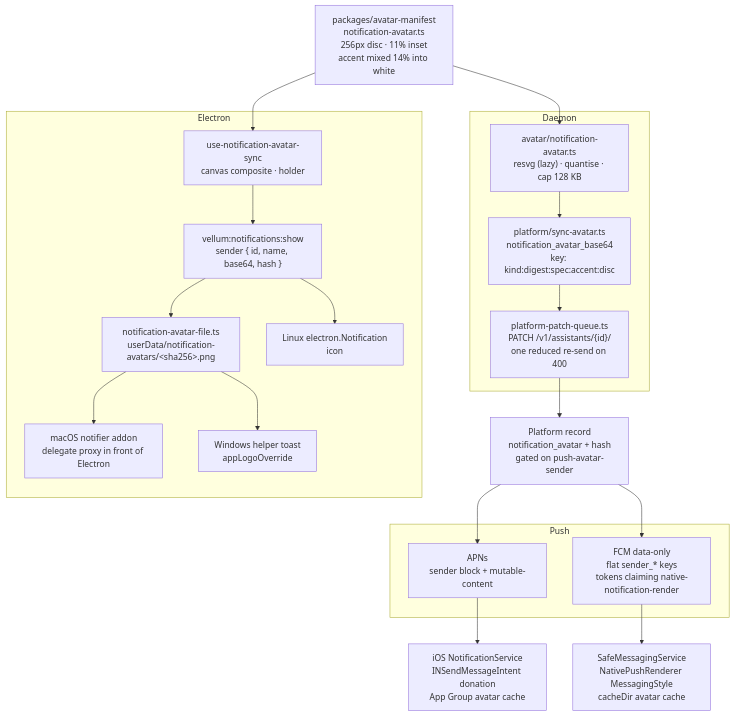
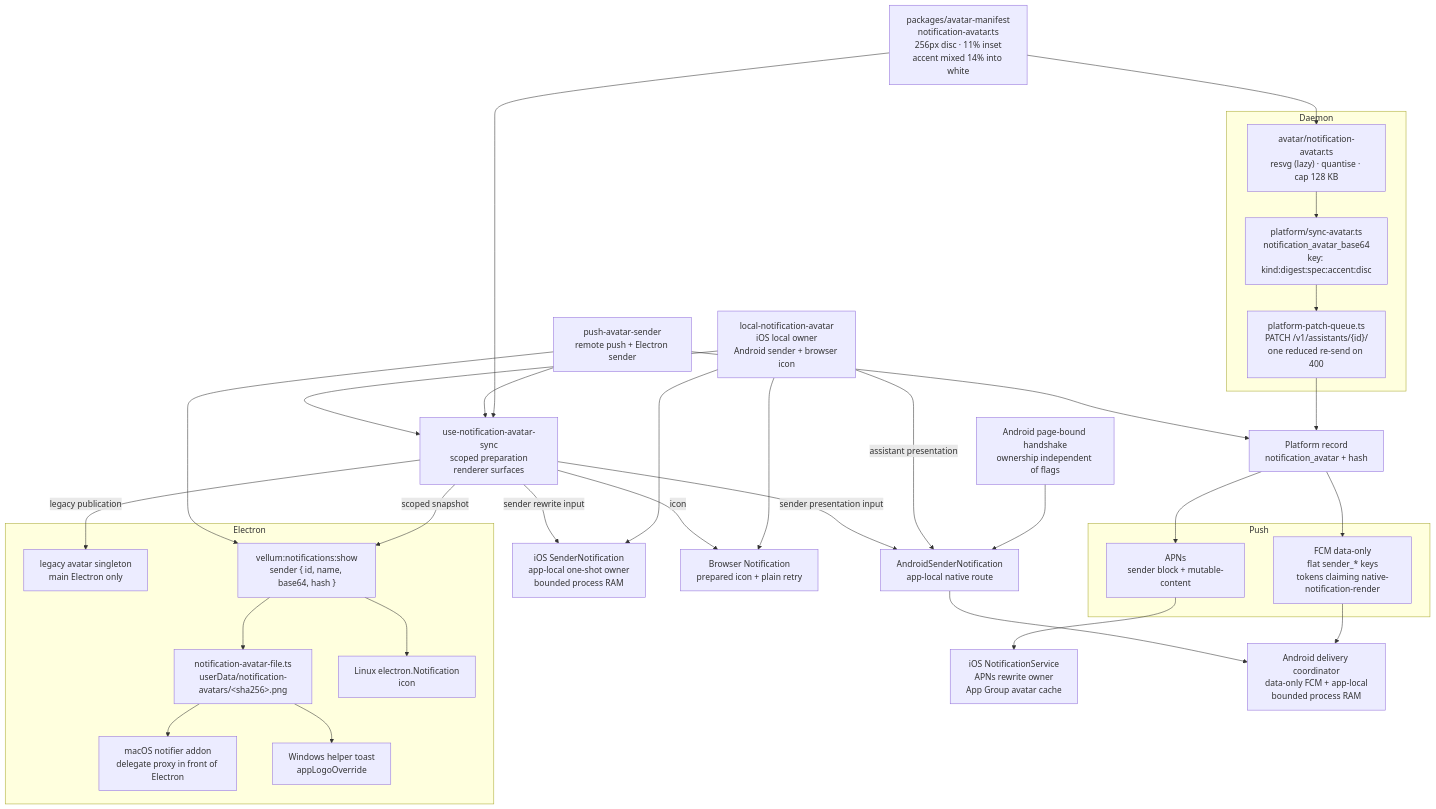
The fifth of 6 diagrams in ARCHITECTURE.md (vellum-ai/vellum-assistant), drawn with Mermaid before and after one commit. The commit also changed other lines of this file and 6 other files, not shown here.

Commit message:
docs(notifications): record local avatar verification and rollout gates

````diff
--- a/ARCHITECTURE.md
+++ b/ARCHITECTURE.md
@@ -874,39 +876,60 @@
 ```mermaid
 graph TB
     SPEC["packages/avatar-manifest<br/>notification-avatar.ts<br/>256px disc · 11% inset<br/>accent mixed 14% into white"]
 
     subgraph "Daemon"
         REND["avatar/notification-avatar.ts<br/>resvg (lazy) · quantise · cap 128 KB"]
         SYNC["platform/sync-avatar.ts<br/>notification_avatar_base64<br/>key: kind:digest:spec:accent:disc"]
         QUEUE["platform-patch-queue.ts<br/>PATCH /v1/assistants/{id}/<br/>one reduced re-send on 400"]
     end
 
-    PLAT["Platform record<br/>notification_avatar + hash<br/>gated on push-avatar-sender"]
+    PUSHFLAG["push-avatar-sender<br/>remote push + Electron sender"]
+    LOCALFLAG["local-notification-avatar<br/>iOS local owner<br/>Android sender + browser icon"]
+    PLAT["Platform record<br/>notification_avatar + hash"]
 
     subgraph "Push"
         APNS["APNs<br/>sender block + mutable-content"]
         FCM["FCM data-only<br/>flat sender_* keys<br/>tokens claiming native-notification-render"]
     end
 
-    NSE["iOS NotificationService<br/>INSendMessageIntent donation<br/>App Group avatar cache"]
-    AND["SafeMessagingService<br/>NativePushRenderer MessagingStyle<br/>cacheDir avatar cache"]
+    NSE["iOS NotificationService<br/>APNs rewrite owner<br/>App Group avatar cache"]
+    IOSLOCAL["iOS SenderNotification<br/>app-local one-shot owner<br/>bounded process RAM"]
+    HANDSHAKE["Android page-bound handshake<br/>ownership independent of flags"]
+    ANDLOCAL["AndroidSenderNotification<br/>app-local native route"]
+    AND["Android delivery coordinator<br/>data-only FCM + app-local<br/>bounded process RAM"]
+    BROWSER["Browser Notification<br/>prepared icon + plain retry"]
 
     subgraph "Electron"
-        WEBH["use-notification-avatar-sync<br/>canvas composite · holder"]
+        LEGACY["legacy avatar singleton<br/>main Electron only"]
         IPCC["vellum:notifications:show<br/>sender { id, name, base64, hash }"]
         FILE["notification-avatar-file.ts<br/>userData/notification-avatars/&lt;sha256&gt;.png"]
         MACN["macOS notifier addon<br/>delegate proxy in front of Electron"]
         WIN["Windows helper toast<br/>appLogoOverride"]
         LIN["Linux electron.Notification<br/>icon"]
     end
 
+    PREP["use-notification-avatar-sync<br/>scoped preparation<br/>renderer surfaces"]
+
     SPEC --> REND
-    SPEC --> WEBH
+    SPEC --> PREP
     REND --> SYNC --> QUEUE --> PLAT
+    PUSHFLAG --> PLAT
+    PUSHFLAG --> PREP
+    LOCALFLAG --> PREP
     PLAT --> APNS --> NSE
     PLAT --> FCM --> AND
-    WEBH --> IPCC --> FILE
+    LOCALFLAG --> IOSLOCAL
+    HANDSHAKE --> ANDLOCAL --> AND
+    LOCALFLAG -->|"assistant presentation"| ANDLOCAL
+    LOCALFLAG --> BROWSER
+    PREP -->|"sender rewrite input"| IOSLOCAL
+    PREP -->|"sender presentation input"| ANDLOCAL
+    PREP -->|"icon"| BROWSER
+    PREP -->|"legacy publication"| LEGACY
+    PREP -->|"scoped snapshot"| IPCC
+    PUSHFLAG --> IPCC
+    IPCC --> FILE
     FILE --> MACN
     FILE --> WIN
     IPCC --> LIN
 ```
````
